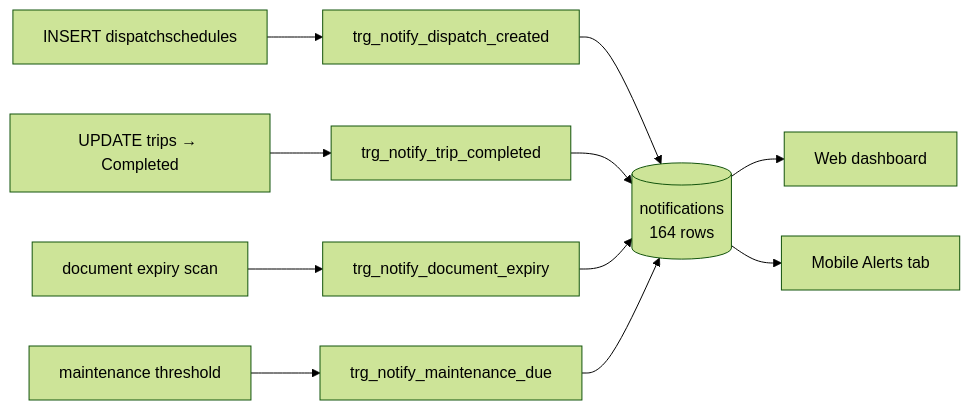
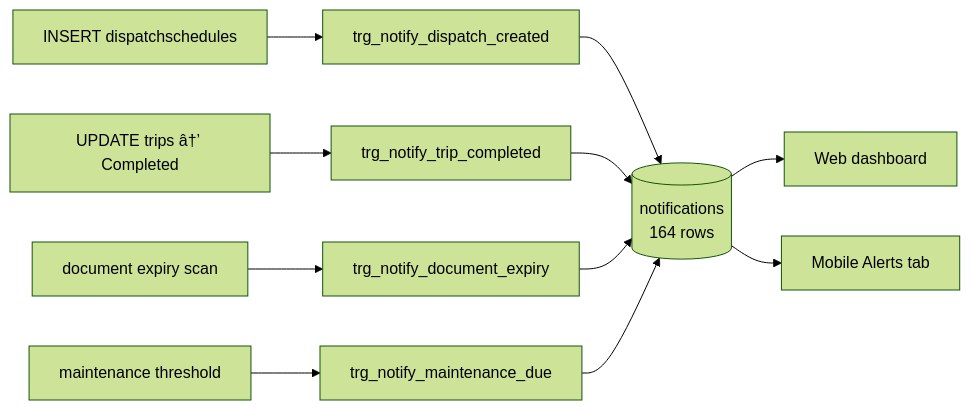
One commit to ro-mee/fleet-transpo changed the diagram in Capstone/02 - Features/Notifications.md. Above: the diagram before and after it, drawn with Mermaid (forest theme). The commit also changed other lines of this file and 95 other files, not shown here.

````diff
--- a/Capstone/02 - Features/Notifications.md
+++ b/Capstone/02 - Features/Notifications.md
@@ -37,10 +37,10 @@
 ```mermaid
 flowchart LR
     A["INSERT dispatchschedules"] --> T1[trg_notify_dispatch_created]
-    B["UPDATE trips → Completed"] --> T2[trg_notify_trip_completed]
+    B["UPDATE trips â†’ Completed"] --> T2[trg_notify_trip_completed]
     C["document expiry scan"] --> T3[trg_notify_document_expiry]
     D["maintenance threshold"] --> T4[trg_notify_maintenance_due]
     T1 & T2 & T3 & T4 --> N[("notifications<br/>164 rows")]
     N --> W["Web dashboard"]
     N --> M["Mobile Alerts tab"]
 ```
````
